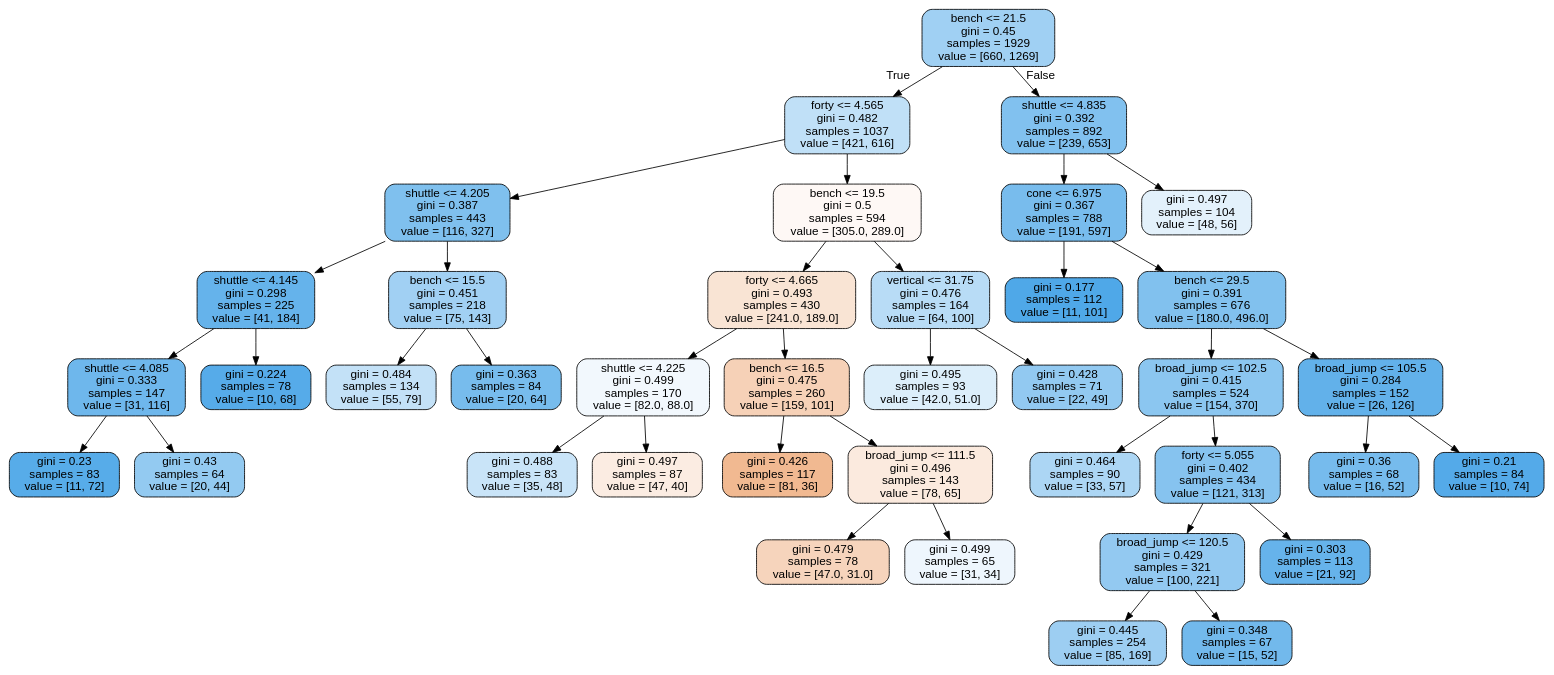
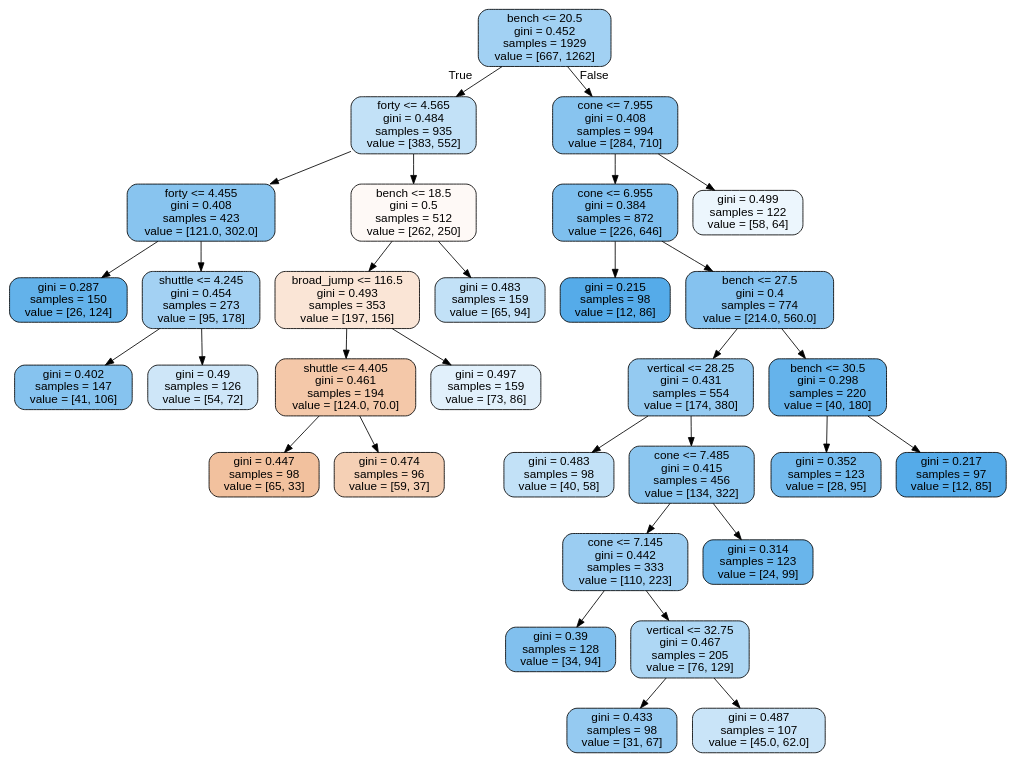
Before and after one commit to lagisreal89/combine: the diagram in decisiontree.dot, drawn with Graphviz. The commit also changed 4 other files, not shown here.

```diff
--- a/decisiontree.dot
+++ b/decisiontree.dot
@@ -1,81 +1,65 @@
 digraph Tree {
 node [shape=box, style="filled, rounded", color="black", fontname="helvetica"] ;
 edge [fontname="helvetica"] ;
-0 [label="bench <= 21.5\ngini = 0.45\nsamples = 1929\nvalue = [660, 1269]", fillcolor="#a0d0f3"] ;
-1 [label="forty <= 4.565\ngini = 0.482\nsamples = 1037\nvalue = [421, 616]", fillcolor="#c0e0f7"] ;
+0 [label="bench <= 20.5\ngini = 0.452\nsamples = 1929\nvalue = [667, 1262]", fillcolor="#a2d1f3"] ;
+1 [label="forty <= 4.565\ngini = 0.484\nsamples = 935\nvalue = [383, 552]", fillcolor="#c2e1f7"] ;
 0 -> 1 [labeldistance=2.5, labelangle=45, headlabel="True"] ;
-3 [label="shuttle <= 4.205\ngini = 0.387\nsamples = 443\nvalue = [116, 327]", fillcolor="#7fc0ee"] ;
+3 [label="forty <= 4.455\ngini = 0.408\nsamples = 423\nvalue = [121.0, 302.0]", fillcolor="#88c4ef"] ;
 1 -> 3 ;
-9 [label="shuttle <= 4.145\ngini = 0.298\nsamples = 225\nvalue = [41, 184]", fillcolor="#65b3eb"] ;
-3 -> 9 ;
-35 [label="shuttle <= 4.085\ngini = 0.333\nsamples = 147\nvalue = [31, 116]", fillcolor="#6eb7ec"] ;
-9 -> 35 ;
-37 [label="gini = 0.23\nsamples = 83\nvalue = [11, 72]", fillcolor="#57ace9"] ;
-35 -> 37 ;
-38 [label="gini = 0.43\nsamples = 64\nvalue = [20, 44]", fillcolor="#93caf1"] ;
-35 -> 38 ;
-36 [label="gini = 0.224\nsamples = 78\nvalue = [10, 68]", fillcolor="#56abe9"] ;
-9 -> 36 ;
-10 [label="bench <= 15.5\ngini = 0.451\nsamples = 218\nvalue = [75, 143]", fillcolor="#a1d0f3"] ;
-3 -> 10 ;
-17 [label="gini = 0.484\nsamples = 134\nvalue = [55, 79]", fillcolor="#c3e1f7"] ;
-10 -> 17 ;
-18 [label="gini = 0.363\nsamples = 84\nvalue = [20, 64]", fillcolor="#77bced"] ;
-10 -> 18 ;
-4 [label="bench <= 19.5\ngini = 0.5\nsamples = 594\nvalue = [305.0, 289.0]", fillcolor="#fef8f5"] ;
+7 [label="gini = 0.287\nsamples = 150\nvalue = [26, 124]", fillcolor="#63b2ea"] ;
+3 -> 7 ;
+8 [label="shuttle <= 4.245\ngini = 0.454\nsamples = 273\nvalue = [95, 178]", fillcolor="#a3d1f3"] ;
+3 -> 8 ;
+17 [label="gini = 0.402\nsamples = 147\nvalue = [41, 106]", fillcolor="#86c3ef"] ;
+8 -> 17 ;
+18 [label="gini = 0.49\nsamples = 126\nvalue = [54, 72]", fillcolor="#cee6f8"] ;
+8 -> 18 ;
+4 [label="bench <= 18.5\ngini = 0.5\nsamples = 512\nvalue = [262, 250]", fillcolor="#fef9f6"] ;
 1 -> 4 ;
-7 [label="forty <= 4.665\ngini = 0.493\nsamples = 430\nvalue = [241.0, 189.0]", fillcolor="#f9e4d4"] ;
-4 -> 7 ;
-15 [label="shuttle <= 4.225\ngini = 0.499\nsamples = 170\nvalue = [82.0, 88.0]", fillcolor="#f2f8fd"] ;
-7 -> 15 ;
-23 [label="gini = 0.488\nsamples = 83\nvalue = [35, 48]", fillcolor="#c9e4f8"] ;
-15 -> 23 ;
-24 [label="gini = 0.497\nsamples = 87\nvalue = [47, 40]", fillcolor="#fbece2"] ;
-15 -> 24 ;
-16 [label="bench <= 16.5\ngini = 0.475\nsamples = 260\nvalue = [159, 101]", fillcolor="#f6d1b7"] ;
-7 -> 16 ;
-19 [label="gini = 0.426\nsamples = 117\nvalue = [81, 36]", fillcolor="#f1b991"] ;
-16 -> 19 ;
-20 [label="broad_jump <= 111.5\ngini = 0.496\nsamples = 143\nvalue = [78, 65]", fillcolor="#fbeade"] ;
-16 -> 20 ;
-31 [label="gini = 0.479\nsamples = 78\nvalue = [47.0, 31.0]", fillcolor="#f6d4bc"] ;
-20 -> 31 ;
-32 [label="gini = 0.499\nsamples = 65\nvalue = [31, 34]", fillcolor="#eef6fd"] ;
-20 -> 32 ;
-8 [label="vertical <= 31.75\ngini = 0.476\nsamples = 164\nvalue = [64, 100]", fillcolor="#b8dcf6"] ;
-4 -> 8 ;
-21 [label="gini = 0.495\nsamples = 93\nvalue = [42.0, 51.0]", fillcolor="#dceefa"] ;
-8 -> 21 ;
-22 [label="gini = 0.428\nsamples = 71\nvalue = [22, 49]", fillcolor="#92c9f1"] ;
-8 -> 22 ;
-2 [label="shuttle <= 4.835\ngini = 0.392\nsamples = 892\nvalue = [239, 653]", fillcolor="#81c1ef"] ;
+9 [label="broad_jump <= 116.5\ngini = 0.493\nsamples = 353\nvalue = [197, 156]", fillcolor="#fae5d6"] ;
+4 -> 9 ;
+11 [label="shuttle <= 4.405\ngini = 0.461\nsamples = 194\nvalue = [124.0, 70.0]", fillcolor="#f4c8a9"] ;
+9 -> 11 ;
+29 [label="gini = 0.447\nsamples = 98\nvalue = [65, 33]", fillcolor="#f2c19e"] ;
+11 -> 29 ;
+30 [label="gini = 0.474\nsamples = 96\nvalue = [59, 37]", fillcolor="#f5d0b5"] ;
+11 -> 30 ;
+12 [label="gini = 0.497\nsamples = 159\nvalue = [73, 86]", fillcolor="#e1f0fb"] ;
+9 -> 12 ;
+10 [label="gini = 0.483\nsamples = 159\nvalue = [65, 94]", fillcolor="#c2e1f7"] ;
+4 -> 10 ;
+2 [label="cone <= 7.955\ngini = 0.408\nsamples = 994\nvalue = [284, 710]", fillcolor="#88c4ef"] ;
 0 -> 2 [labeldistance=2.5, labelangle=-45, headlabel="False"] ;
-5 [label="cone <= 6.975\ngini = 0.367\nsamples = 788\nvalue = [191, 597]", fillcolor="#78bced"] ;
+5 [label="cone <= 6.955\ngini = 0.384\nsamples = 872\nvalue = [226, 646]", fillcolor="#7ebfee"] ;
 2 -> 5 ;
-11 [label="gini = 0.177\nsamples = 112\nvalue = [11, 101]", fillcolor="#4fa8e8"] ;
-5 -> 11 ;
-12 [label="bench <= 29.5\ngini = 0.391\nsamples = 676\nvalue = [180.0, 496.0]", fillcolor="#81c1ee"] ;
-5 -> 12 ;
-13 [label="broad_jump <= 102.5\ngini = 0.415\nsamples = 524\nvalue = [154, 370]", fillcolor="#8bc6f0"] ;
-12 -> 13 ;
-25 [label="gini = 0.464\nsamples = 90\nvalue = [33, 57]", fillcolor="#acd6f4"] ;
-13 -> 25 ;
-26 [label="forty <= 5.055\ngini = 0.402\nsamples = 434\nvalue = [121, 313]", fillcolor="#86c3ef"] ;
-13 -> 26 ;
-27 [label="broad_jump <= 120.5\ngini = 0.429\nsamples = 321\nvalue = [100, 221]", fillcolor="#93c9f1"] ;
-26 -> 27 ;
-29 [label="gini = 0.445\nsamples = 254\nvalue = [85, 169]", fillcolor="#9dcef2"] ;
-27 -> 29 ;
-30 [label="gini = 0.348\nsamples = 67\nvalue = [15, 52]", fillcolor="#72b9ec"] ;
-27 -> 30 ;
-28 [label="gini = 0.303\nsamples = 113\nvalue = [21, 92]", fillcolor="#66b3eb"] ;
-26 -> 28 ;
-14 [label="broad_jump <= 105.5\ngini = 0.284\nsamples = 152\nvalue = [26, 126]", fillcolor="#62b1ea"] ;
-12 -> 14 ;
-33 [label="gini = 0.36\nsamples = 68\nvalue = [16, 52]", fillcolor="#76bbed"] ;
-14 -> 33 ;
-34 [label="gini = 0.21\nsamples = 84\nvalue = [10, 74]", fillcolor="#54aae9"] ;
-14 -> 34 ;
-6 [label="gini = 0.497\nsamples = 104\nvalue = [48, 56]", fillcolor="#e3f1fb"] ;
+13 [label="gini = 0.215\nsamples = 98\nvalue = [12, 86]", fillcolor="#55abe9"] ;
+5 -> 13 ;
+14 [label="bench <= 27.5\ngini = 0.4\nsamples = 774\nvalue = [214.0, 560.0]", fillcolor="#85c2ef"] ;
+5 -> 14 ;
+15 [label="vertical <= 28.25\ngini = 0.431\nsamples = 554\nvalue = [174, 380]", fillcolor="#94caf1"] ;
+14 -> 15 ;
+19 [label="gini = 0.483\nsamples = 98\nvalue = [40, 58]", fillcolor="#c2e1f7"] ;
+15 -> 19 ;
+20 [label="cone <= 7.485\ngini = 0.415\nsamples = 456\nvalue = [134, 322]", fillcolor="#8bc6f0"] ;
+15 -> 20 ;
+21 [label="cone <= 7.145\ngini = 0.442\nsamples = 333\nvalue = [110, 223]", fillcolor="#9bcdf2"] ;
+20 -> 21 ;
+23 [label="gini = 0.39\nsamples = 128\nvalue = [34, 94]", fillcolor="#81c0ee"] ;
+21 -> 23 ;
+24 [label="vertical <= 32.75\ngini = 0.467\nsamples = 205\nvalue = [76, 129]", fillcolor="#aed7f4"] ;
+21 -> 24 ;
+27 [label="gini = 0.433\nsamples = 98\nvalue = [31, 67]", fillcolor="#95caf1"] ;
+24 -> 27 ;
+28 [label="gini = 0.487\nsamples = 107\nvalue = [45.0, 62.0]", fillcolor="#c9e4f8"] ;
+24 -> 28 ;
+22 [label="gini = 0.314\nsamples = 123\nvalue = [24, 99]", fillcolor="#69b5eb"] ;
+20 -> 22 ;
+16 [label="bench <= 30.5\ngini = 0.298\nsamples = 220\nvalue = [40, 180]", fillcolor="#65b3eb"] ;
+14 -> 16 ;
+25 [label="gini = 0.352\nsamples = 123\nvalue = [28, 95]", fillcolor="#73baed"] ;
+16 -> 25 ;
+26 [label="gini = 0.217\nsamples = 97\nvalue = [12, 85]", fillcolor="#55abe9"] ;
+16 -> 26 ;
+6 [label="gini = 0.499\nsamples = 122\nvalue = [58, 64]", fillcolor="#ecf6fd"] ;
 2 -> 6 ;
 }
```
